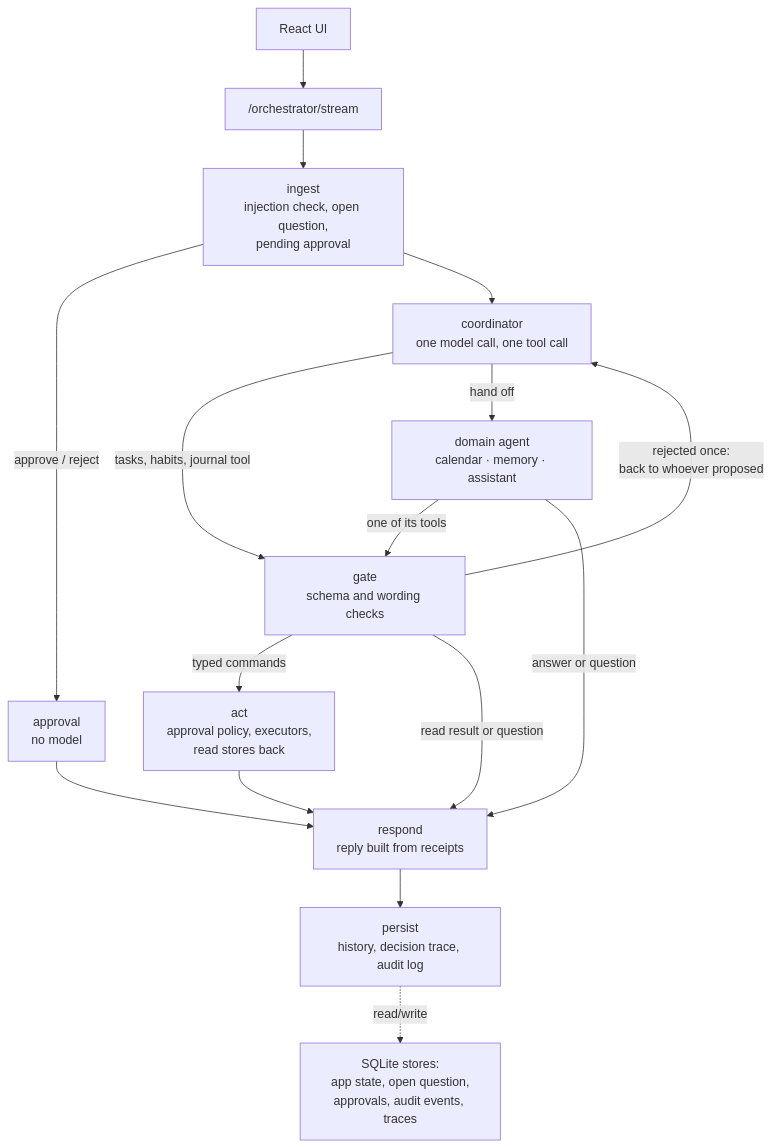
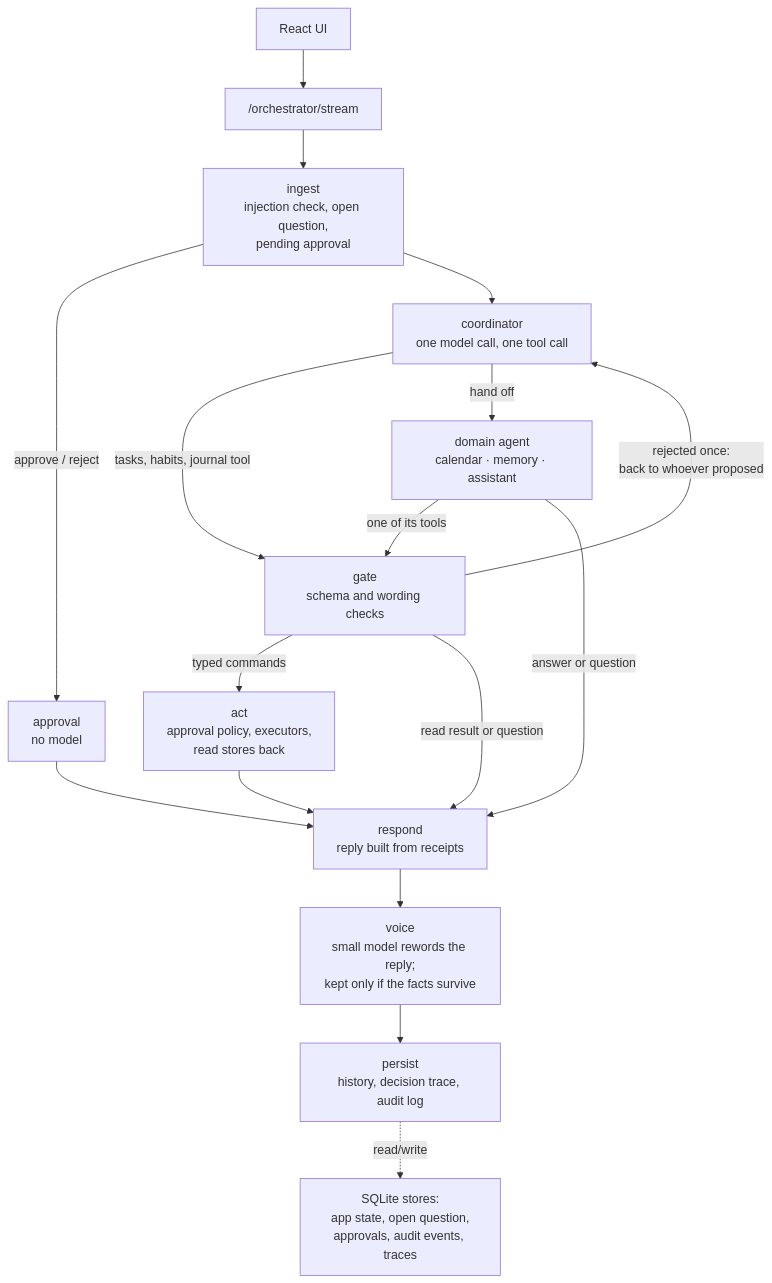
Before and after one commit to JefferyLiu6/Kairo: the diagram in README.md, drawn with Mermaid. The commit also changed other lines of this file and 8 other files, not shown here.

First line of the commit message:
Bring the README, diagrams, images and blind eval doc up to date

````diff
--- a/README.md
+++ b/README.md
@@ -270,18 +286,19 @@
 ```mermaid
 flowchart TD
     A["React UI"] --> B["/orchestrator/stream"]
     B --> ING["ingest<br/>injection check, open question,<br/>pending approval"]
     ING -->|"approve / reject"| APP["approval<br/>no model"]
     ING --> CO["coordinator<br/>one model call, one tool call"]
     CO -->|"tasks, habits, journal tool"| G["gate<br/>schema and wording checks"]
     CO -->|"hand off"| AG["domain agent<br/>calendar · memory · assistant"]
     AG -->|"one of its tools"| G
     AG -->|"answer or question"| R
     G -->|"rejected once:<br/>back to whoever proposed"| CO
     G -->|"typed commands"| ACT["act<br/>approval policy, executors,<br/>read stores back"]
     G -->|"read result or question"| R["respond<br/>reply built from receipts"]
     APP --> R
     ACT --> R
-    R --> P["persist<br/>history, decision trace, audit log"]
+    R --> V["voice<br/>small model rewords the reply;<br/>kept only if the facts survive"]
+    V --> P["persist<br/>history, decision trace, audit log"]
     P -. read/write .-> DB["SQLite stores:<br/>app state, open question,<br/>approvals, audit events, traces"]
 ```
````
